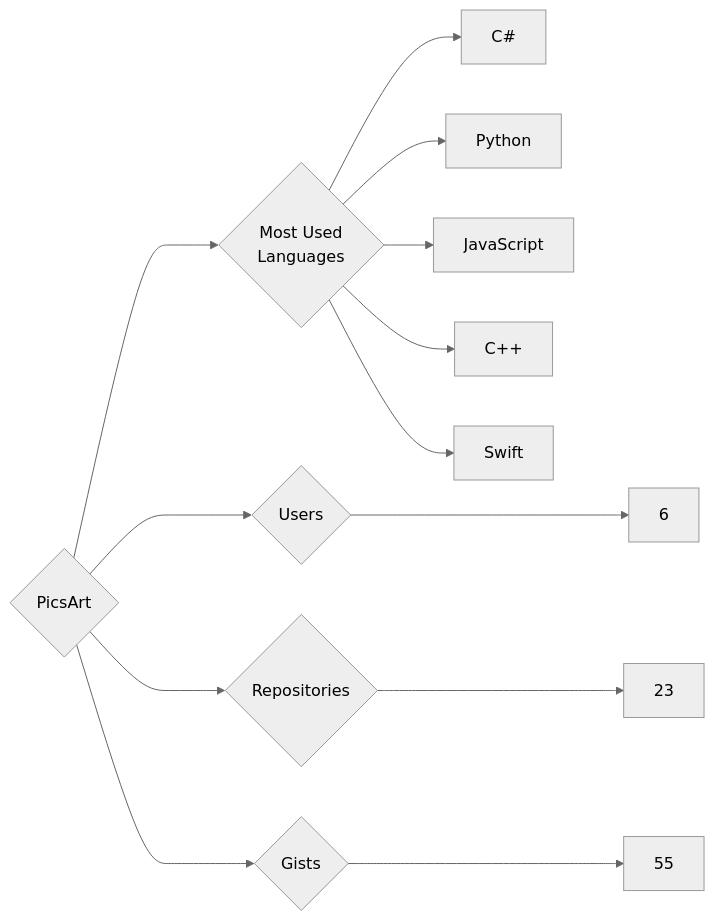
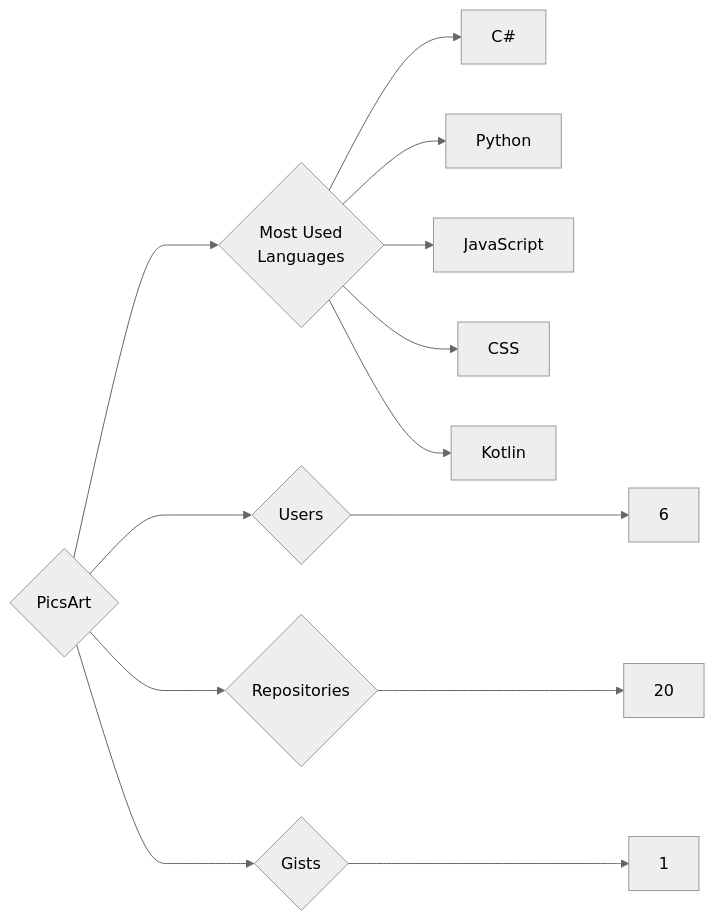
Before and after one commit to trickest/insiders: the diagram in targets/PicsArt/README.md, drawn with Mermaid (neutral theme). The commit also changed 1389 other files, not shown here.

````diff
--- a/targets/PicsArt/README.md
+++ b/targets/PicsArt/README.md
@@ -3,13 +3,13 @@
 ```mermaid
 graph LR
 COMPANY_NAME{PicsArt}
 COMPANY_NAME ---> U{Users} ---> UN[6]
-COMPANY_NAME ---> R{Repositories} ---> RN[23]
-COMPANY_NAME ---> G{Gists} ---> GN[55]
+COMPANY_NAME ---> R{Repositories} ---> RN[20]
+COMPANY_NAME ---> G{Gists} ---> GN[1]
 COMPANY_NAME ---> ML{Most Used<br>Languages}
 ML --> C#[C#]
 ML --> Python[Python]
 ML --> JavaScript[JavaScript]
-ML --> C++[C++]
-ML --> Swift[Swift]
+ML --> CSS[CSS]
+ML --> Kotlin[Kotlin]
 ```
````
